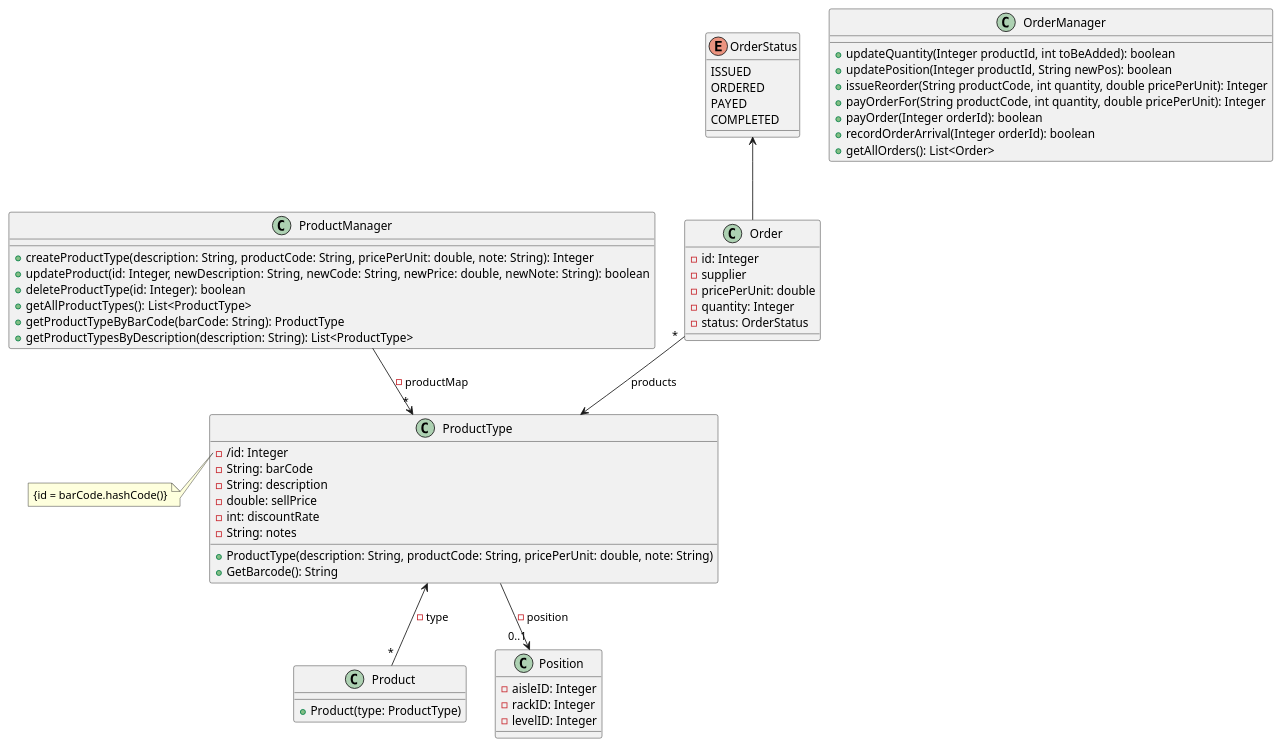
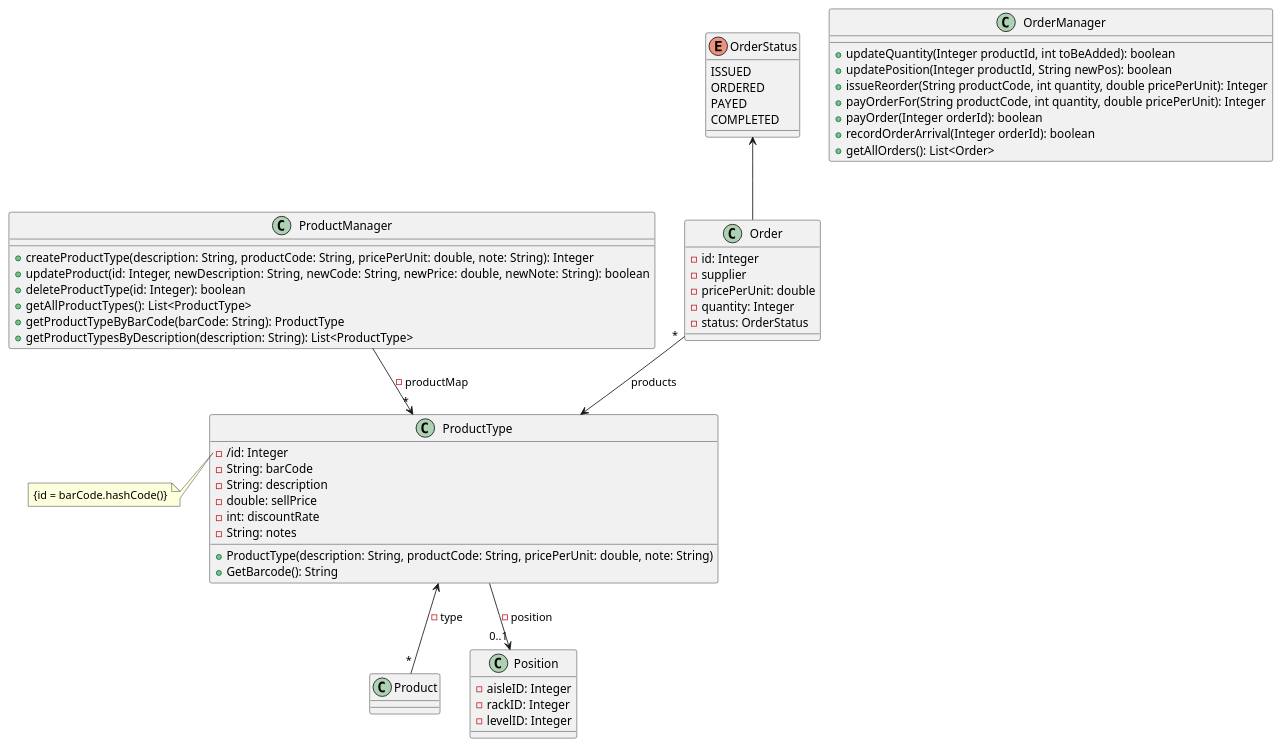
One commit to nicolabattaglino/ezshop changed the third of 3 diagrams in Deliverables/DesignDocument.md. Above: the diagram before and after it, drawn with PlantUML. The commit also changed other lines of this file and 1 other file, not shown here.

````diff
--- a/Deliverables/DesignDocument.md
+++ b/Deliverables/DesignDocument.md
@@ -256,70 +374,69 @@
 ```plantuml
 @startuml
 'skinparam classAttributeIconSize 0
 class ProductManager {
     +createProductType(description: String, productCode: String, pricePerUnit: double, note: String): Integer
     +updateProduct(id: Integer, newDescription: String, newCode: String, newPrice: double, newNote: String): boolean
     +deleteProductType(id: Integer): boolean
     +getAllProductTypes():  List<ProductType>
     +getProductTypeByBarCode(barCode: String): ProductType
     +getProductTypesByDescription(description: String): List<ProductType>
 }
 class OrderManager {
     +updateQuantity(Integer productId, int toBeAdded): boolean
     +updatePosition(Integer productId, String newPos): boolean
     +issueReorder(String productCode, int quantity, double pricePerUnit): Integer
     +payOrderFor(String productCode, int quantity, double pricePerUnit): Integer
     +payOrder(Integer orderId): boolean
     +recordOrderArrival(Integer orderId): boolean
     +getAllOrders(): List<Order> 
 }
 
 class Product{
-    +Product(type: ProductType)
 }
 
 class Order{
     -id: Integer
     -supplier
     -pricePerUnit: double
     -quantity: Integer
     -status: OrderStatus
 }
 
 enum OrderStatus{
     ISSUED
     ORDERED
     PAYED
     COMPLETED
 }
 
 OrderStatus <-- Order
 ProductType <--"*" Product: -type
 Order "*" --> ProductType: products
 
 class ProductType {
     -/id: Integer
     -String: barCode
     -String: description
     -double: sellPrice
     -int: discountRate
     -String: notes
 
     +ProductType(description: String, productCode: String, pricePerUnit: double, note: String)
     +GetBarcode(): String
 }
 
 note left of ProductType::id
   {id = barCode.hashCode()}
 end note
 
 class Position {
     -aisleID: Integer
     -rackID: Integer
     -levelID: Integer
 }
 
 ProductManager -->"*" ProductType: -productMap
 ProductType -->"0..1" Position: -position
 @enduml
 ```
````
